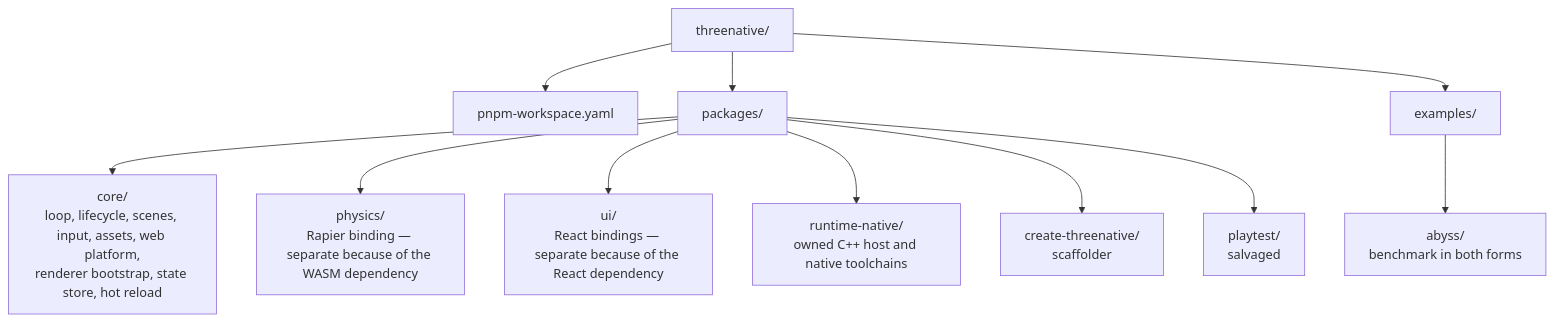
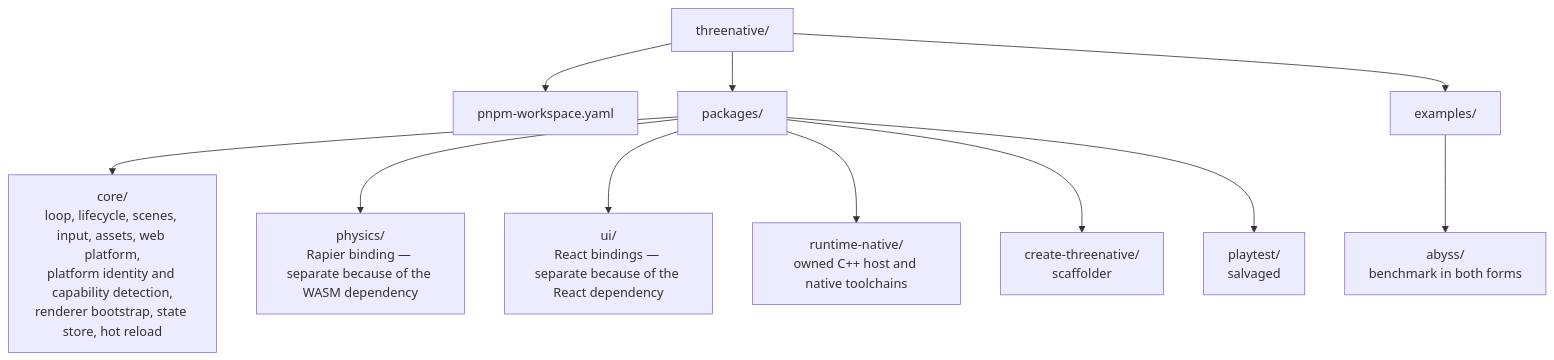
One commit to ThreeNativeHQ/threenative changed the second of 3 diagrams in docs/architecture/CHARTER.md. Above: the diagram before and after it, drawn with Mermaid. The commit also changed 18 other files, not shown here.

````diff
--- a/docs/architecture/CHARTER.md
+++ b/docs/architecture/CHARTER.md
@@ -522,24 +522,24 @@
 ```mermaid
 flowchart TD
     repo["threenative/"]
     workspace["pnpm-workspace.yaml"]
     packages["packages/"]
-    core["core/<br/>loop, lifecycle, scenes, input, assets, web platform,<br/>renderer bootstrap, state store, hot reload"]
+    core["core/<br/>loop, lifecycle, scenes, input, assets, web platform,<br/>platform identity and capability detection,<br/>renderer bootstrap, state store, hot reload"]
     physics["physics/<br/>Rapier binding — separate because of the WASM dependency"]
     ui["ui/<br/>React bindings — separate because of the React dependency"]
     native["runtime-native/<br/>owned C++ host and native toolchains"]
     create["create-threenative/<br/>scaffolder"]
     playtest["playtest/<br/>salvaged"]
     examples["examples/"]
     abyss["abyss/<br/>benchmark in both forms"]
 
     repo --> workspace
     repo --> packages
     packages --> core
     packages --> physics
     packages --> ui
     packages --> native
     packages --> create
     packages --> playtest
     repo --> examples --> abyss
 ```
````
